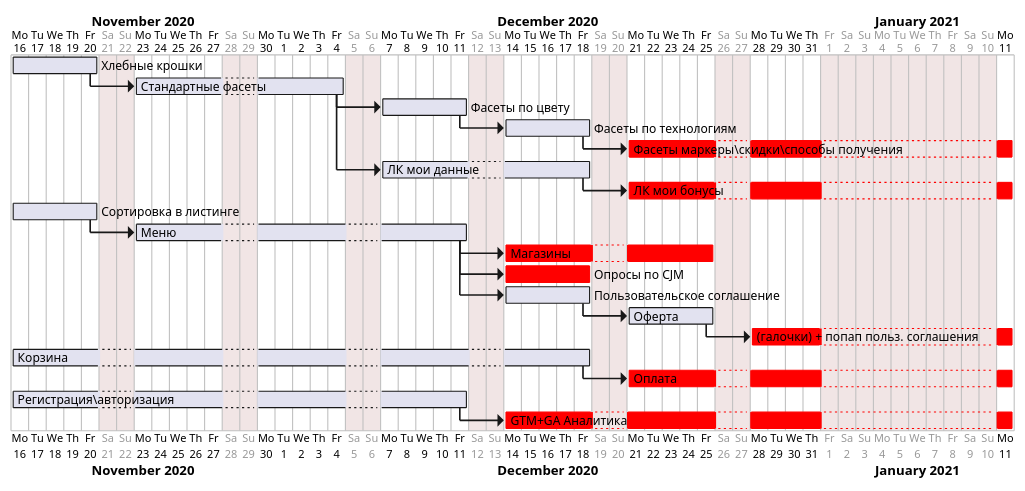
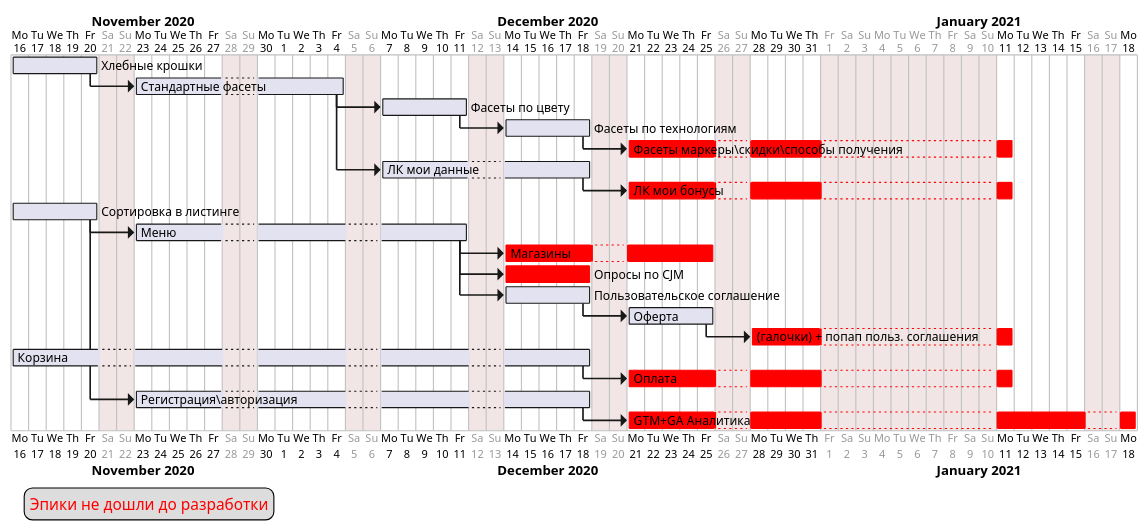
The diagram in roadMap.puml (ViKt0R-K/plantuml), drawn with PlantUML before and after one commit.

Commit message:
Добавил легенду

```diff
--- a/roadMap.puml
+++ b/roadMap.puml
@@ -1,58 +1,63 @@
 @startgantt
 project starts the 2020/11/16
 saturday are closed
 sunday are closed
 '2020/12/09 is closed
 2021/01/01 to 2021/01/10 is closed
 
 [Хлебные крошки] as [categoryBranch] lasts 1 week
 [Стандартные фасеты] as [fasets] lasts 2 week
 [Фасеты по цвету] as [fasetsC] lasts 1 week
 [Фасеты по технологиям] as [fasetsT] lasts 1 week
 [Фасеты маркеры\скидки\способы получения] as [fasetsH] lasts 2 week
 
 [ЛК мои данные] as [userHome] lasts 2 week
 [ЛК мои бонусы] as [userBonus] lasts 2 week
 
 [Сортировка в листинге] as [sort] lasts 1 week
 [Меню] as [menu] lasts 3 week
 [Магазины] as [store] lasts 2 week
 [Опросы по CJM] as [cjm] lasts 1 week
 [Пользовательское соглашение] as [privacy] lasts 1 week
 [Оферта] as [oferta] lasts 1 week
 [(галочки) + попап польз. соглашения] as [privacyPopUp] lasts 1 week
 
 [Корзина] as [cart] lasts 5 week
 [Оплата] as [checkout] lasts 2 week
 
 [Регистрация\авторизация] as [auth] lasts 4 week
 [GTM+GA Аналитика] as [gtmGa] lasts 3 week
 
 [fasetsH] is colored in red
 [store] is colored in red
 [userBonus] is colored in red
 [cjm] is colored in red
 [privacyPopUp] is colored in red
 [gtmGa] is colored in red
 [checkout] is colored in red
 
 [categoryBranch]->[fasets]
 [fasets]->[fasetsC]
 [fasetsC]->[fasetsT]
 [fasetsT]->[fasetsH]
 [fasets]->[userHome]
 [userHome]->[userBonus]
 
 
 [sort]->[menu]
 [menu]->[store]
 [menu]->[cjm]
 [menu]->[privacy]
 [privacy]->[oferta]
 [oferta]->[privacyPopUp]
 
 [cart]->[checkout]
 
+[sort]->[auth]
 [auth]->[gtmGa]
 
+legend left
+<font color=red>Эпики не дошли до разработки</font>
+endlegend
+
 @endgantt
```
